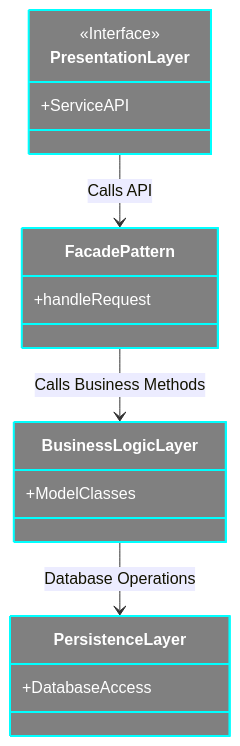
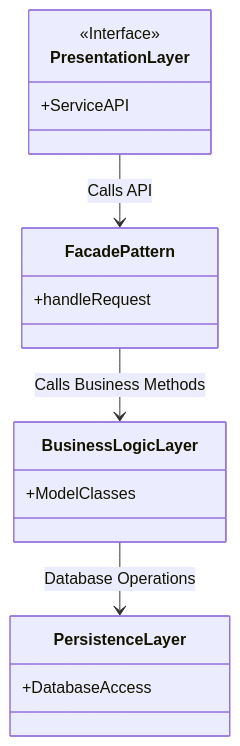
One commit to sira-djam/holbertonschool-hbnb changed the diagram in part_1/0-high_level_package_diagram.md. Above: the diagram before and after it, drawn with Mermaid. The commit also changed other lines of this file, not shown here.

````diff
--- a/part_1/0-high_level_package_diagram.md
+++ b/part_1/0-high_level_package_diagram.md
@@ -1,20 +7,19 @@
 ```mermaid
 classDiagram
 class PresentationLayer {
     <<Interface>>
     +ServiceAPI
 }
 class FacadePattern {
     +handleRequest
 }
 class BusinessLogicLayer {
     +ModelClasses
 }
 class PersistenceLayer {
     +DatabaseAccess
 }
-classDef default fill:#808080,stroke:#00ffff,stroke-width:2px,color:white;
 PresentationLayer --> FacadePattern : Calls API
 FacadePattern --> BusinessLogicLayer : Calls Business Methods
 BusinessLogicLayer --> PersistenceLayer : Database Operations
 ```
````
